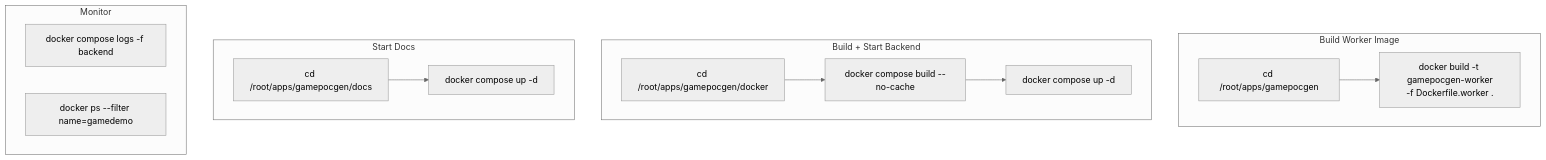
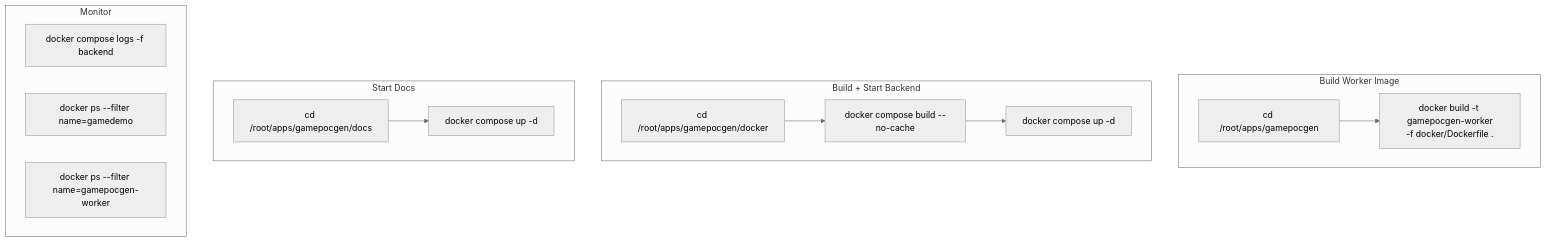
The fifth of 5 diagrams in AI/document/07-deployment.md (J-Gierend/gamePocGen), drawn with Mermaid (neutral theme) before and after one commit. The commit also changed other lines of this file and 12 other files, not shown here.

First line of the commit message:
fix: regenerate all architecture docs from current source

````diff
--- a/AI/document/07-deployment.md
+++ b/AI/document/07-deployment.md
@@ -98,19 +101,20 @@
 ```mermaid
 flowchart TD
     subgraph "Build Worker Image"
-        BW1["cd /root/apps/gamepocgen"] --> BW2["docker build -t gamepocgen-worker\n-f Dockerfile.worker ."]
+        BW1["cd /root/apps/gamepocgen"] --> BW2["docker build -t gamepocgen-worker\n-f docker/Dockerfile ."]
     end
 
     subgraph "Build + Start Backend"
         BB1["cd /root/apps/gamepocgen/docker"] --> BB2["docker compose build --no-cache"] --> BB3["docker compose up -d"]
     end
 
     subgraph "Start Docs"
         BD1["cd /root/apps/gamepocgen/docs"] --> BD2["docker compose up -d"]
     end
 
     subgraph "Monitor"
         M1["docker compose logs -f backend"]
         M2["docker ps --filter name=gamedemo"]
+        M3["docker ps --filter name=gamepocgen-worker"]
     end
 ```
````
